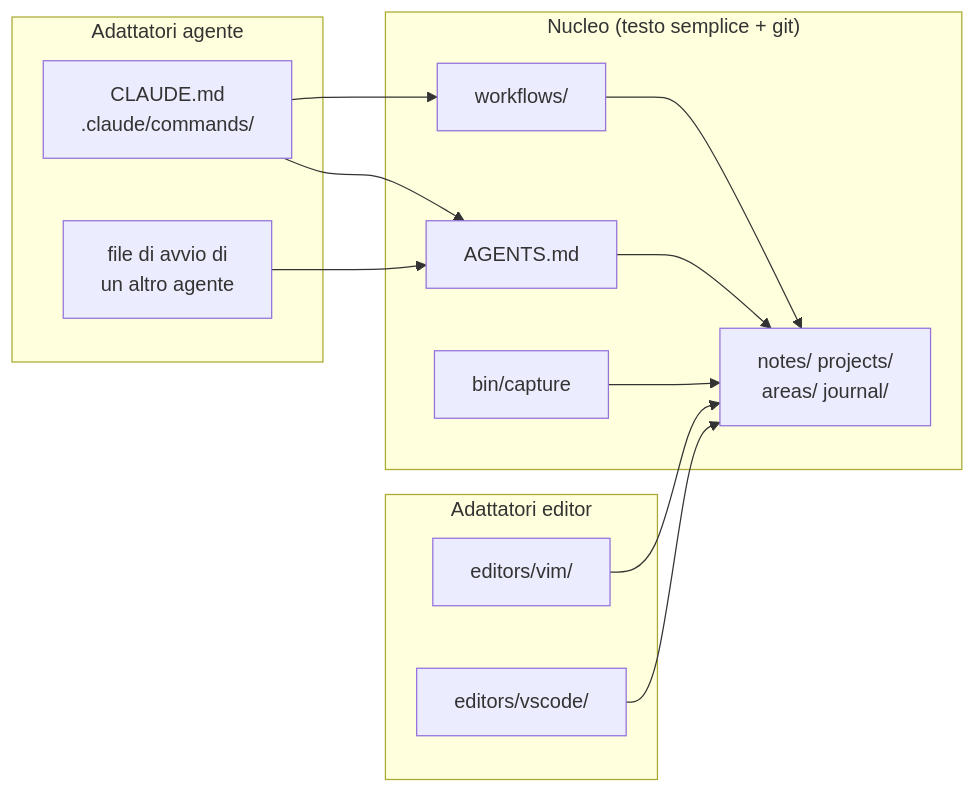
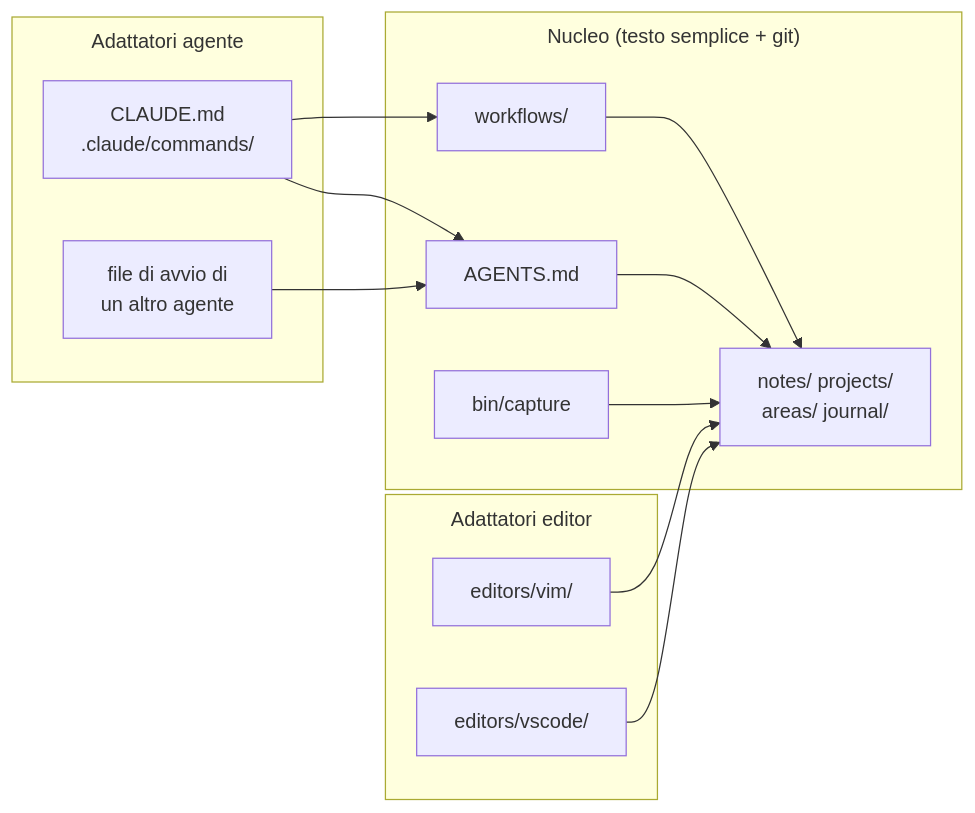
One commit to matteogiorgi/geonote changed the first of 4 diagrams in strumenti_curiosita/second_brain.md. Above: the diagram before and after it, drawn with Mermaid. The commit also changed other lines of this file, not shown here.

Commit message:
fix mermaid graphs

````diff
--- a/strumenti_curiosita/second_brain.md
+++ b/strumenti_curiosita/second_brain.md
@@ -21,25 +21,32 @@
 ```mermaid
+---
+config:
+  flowchart:
+    subGraphTitleMargin:
+      top: 8
+      bottom: 8
+---
 flowchart LR
     subgraph adattatori_editor["Adattatori editor"]
         vim["editors/vim/"]
         vscode["editors/vscode/"]
     end
     subgraph nucleo["Nucleo (testo semplice + git)"]
         note["notes/ projects/<br/>areas/ journal/"]
         agents["AGENTS.md"]
         wf["workflows/"]
         bin["bin/capture"]
     end
     subgraph adattatori_agente["Adattatori agente"]
         claude["CLAUDE.md<br/>.claude/commands/"]
         altro["file di avvio di<br/>un altro agente"]
     end
     vim --> note
     vscode --> note
     claude --> agents
     claude --> wf
     altro --> agents
     agents --> note
     wf --> note
     bin --> note
 ```
````
